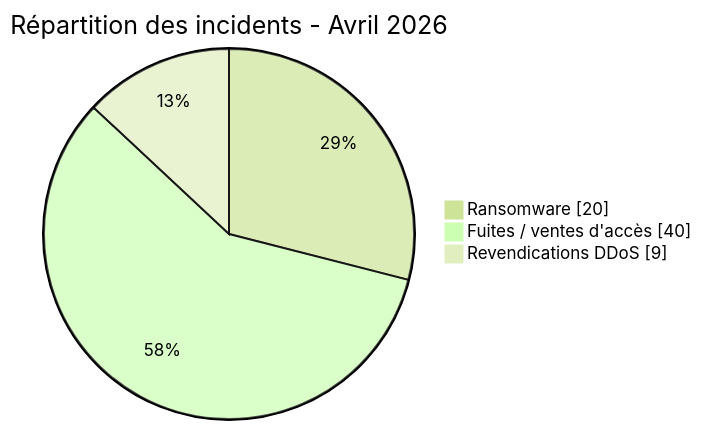
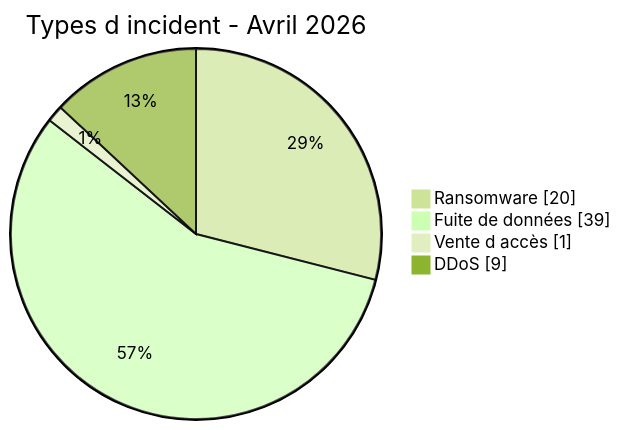
One commit to Hatchepsoute/AFRINTEL changed the first of 7 diagrams in CyberAttackAfrica/2026/04-april/README_FR.md. Above: the diagram before and after it, drawn with Mermaid (forest theme). The commit also changed other lines of this file and 45 other files, not shown here.

````diff
--- a/CyberAttackAfrica/2026/04-april/README_FR.md
+++ b/CyberAttackAfrica/2026/04-april/README_FR.md
@@ -80,7 +71,8 @@
 ```mermaid
 pie showData
-    title Répartition des incidents - Avril 2026
+    title Types d incident - Avril 2026
     "Ransomware" : 20
-    "Fuites / ventes d'accès" : 40
-    "Revendications DDoS" : 9
+    "Fuite de données" : 39
+    "Vente d accès" : 1
+    "DDoS" : 9
 ```
````
